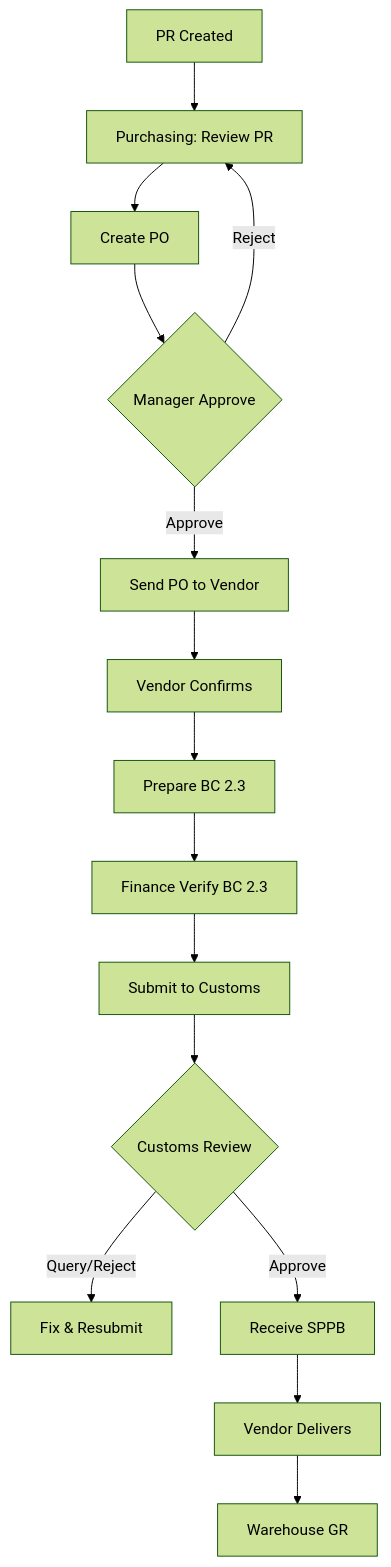
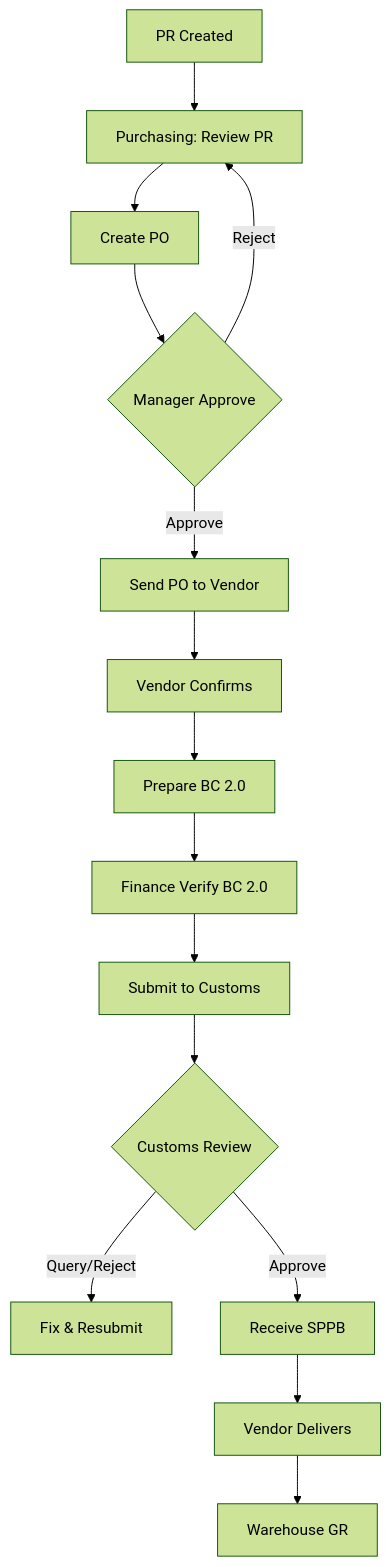
One commit to batalngantuk/jkj changed the second of 7 diagrams in public/docs/detailed_workflow_spec.md. Above: the diagram before and after it, drawn with Mermaid (forest theme). The commit also changed other lines of this file and 3 other files, not shown here.

````diff
--- a/public/docs/detailed_workflow_spec.md
+++ b/public/docs/detailed_workflow_spec.md
@@ -54,17 +54,17 @@
 ```mermaid
 graph TD
     A[PR Created] --> B[Purchasing: Review PR]
     B --> C[Create PO]
     C --> D{Manager Approve}
     D -->|Reject| B
     D -->|Approve| E[Send PO to Vendor]
     E --> F[Vendor Confirms]
-    F --> G[Prepare BC 2.3]
-    G --> H[Finance Verify BC 2.3]
+    F --> G[Prepare BC 2.0]
+    G --> H[Finance Verify BC 2.0]
     H --> I[Submit to Customs]
     I --> J{Customs Review}
     J -->|Query/Reject| K[Fix & Resubmit]
     J -->|Approve| L[Receive SPPB]
     L --> M[Vendor Delivers]
     M --> N[Warehouse GR]
 ```
````
